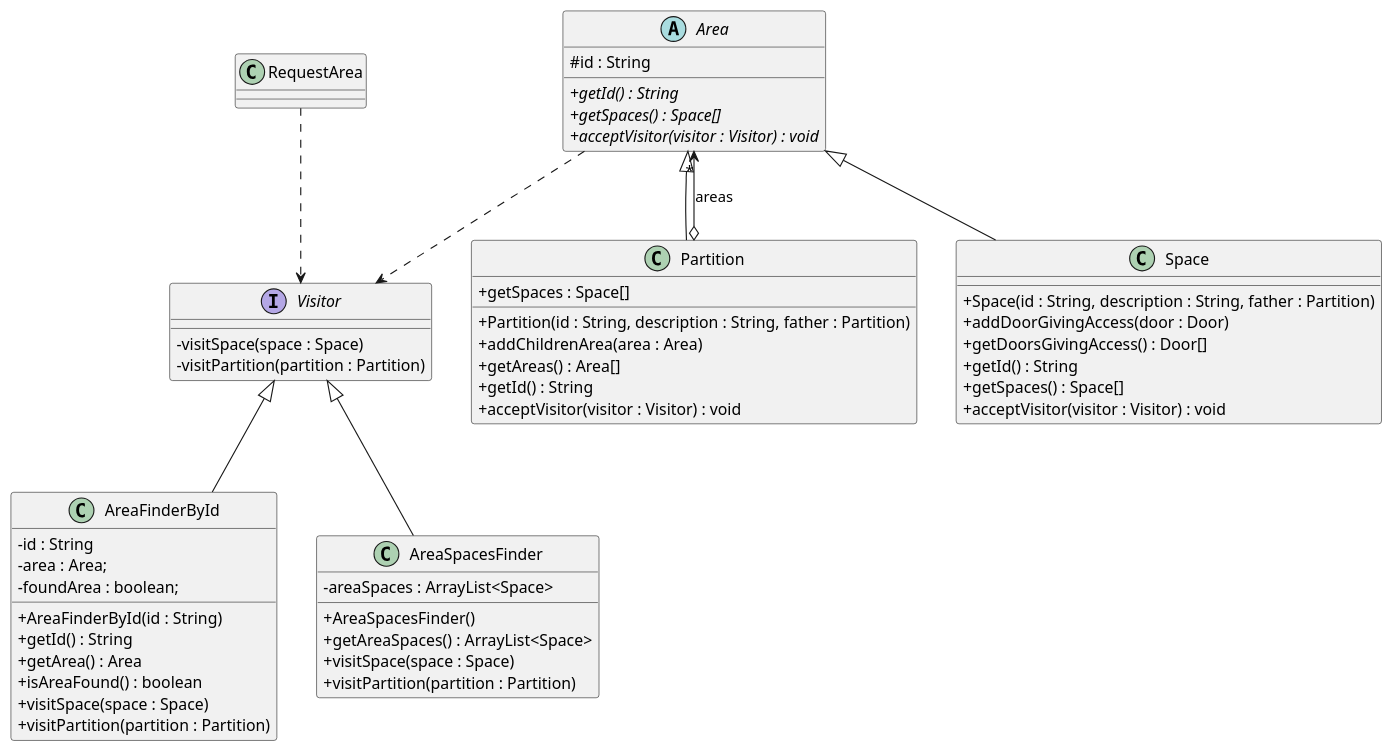
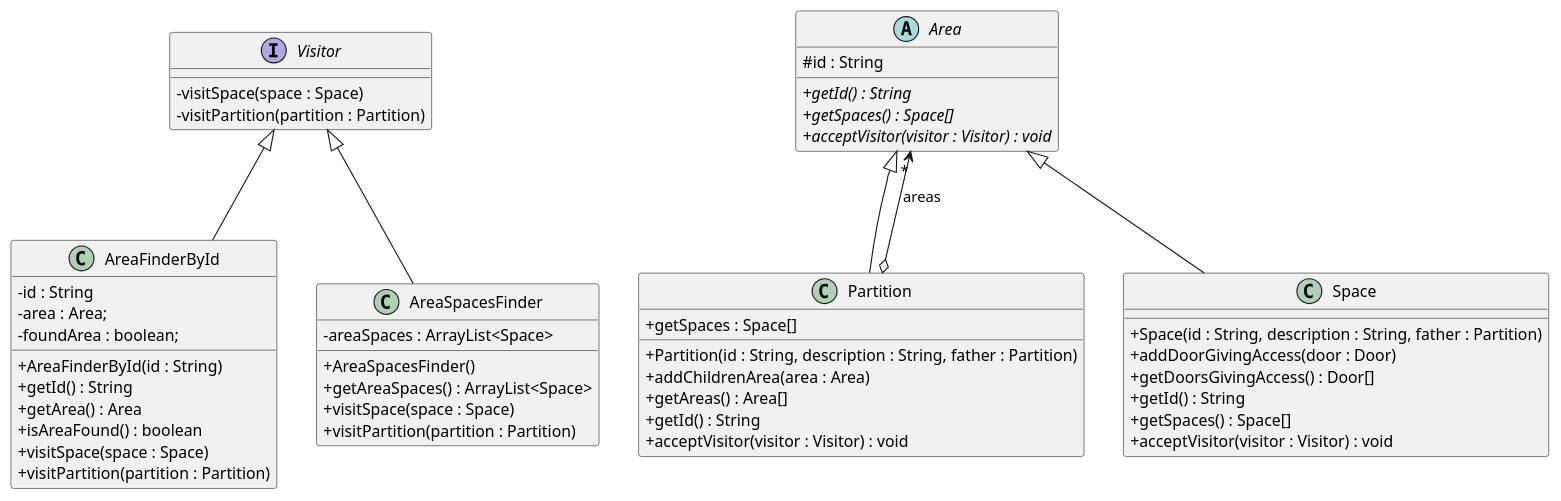
One commit to biigsaamu/PRACTICA_DS changed the diagram in src/basenostates/uml/fita2.puml. Above: the diagram before and after it, drawn with PlantUML.

```diff
--- a/src/basenostates/uml/fita2.puml
+++ b/src/basenostates/uml/fita2.puml
@@ -1,65 +1,61 @@
 @startuml
 'https://plantuml.com/class-diagram
 skinparam classAttributeIconSize 0
-
-RequestArea -[dashed]-> Visitor
 
 interface Visitor{
     -visitSpace(space : Space)
     -visitPartition(partition : Partition)
 }
 
 class AreaFinderById{
     -id : String
     -area : Area;
     -foundArea : boolean;
     +AreaFinderById(id : String)
     +getId() : String
     +getArea() : Area
     +isAreaFound() : boolean
     +visitSpace(space : Space)
     +visitPartition(partition : Partition)
 }
 
 class AreaSpacesFinder{
     -areaSpaces : ArrayList<Space>
     +AreaSpacesFinder()
     +getAreaSpaces() : ArrayList<Space>
     +visitSpace(space : Space)
     +visitPartition(partition : Partition)
 
 }
 
 Visitor<|-- AreaFinderById
 Visitor<|-- AreaSpacesFinder
 
 abstract class Area {
 # id : String
 + {abstract} getId() : String
 + {abstract} getSpaces() : Space[]
 + {abstract} acceptVisitor(visitor : Visitor) : void
 }
 
-Area -[dashed]-> Visitor
-
 class Partition extends Area{
 + Partition(id : String, description : String, father : Partition)
 + addChildrenArea(area : Area)
 + getAreas() : Area[]
 + getId() : String
 + getSpaces : Space[]
 + acceptVisitor(visitor : Visitor) : void
 }
 
 Partition o--> "*" Area : areas
 
 class Space extends Area{
 + Space(id : String, description : String, father : Partition)
 + addDoorGivingAccess(door : Door)
 + getDoorsGivingAccess() : Door[]
 + getId() : String
 + getSpaces() : Space[]
 + acceptVisitor(visitor : Visitor) : void
 }
 
 @enduml
```
